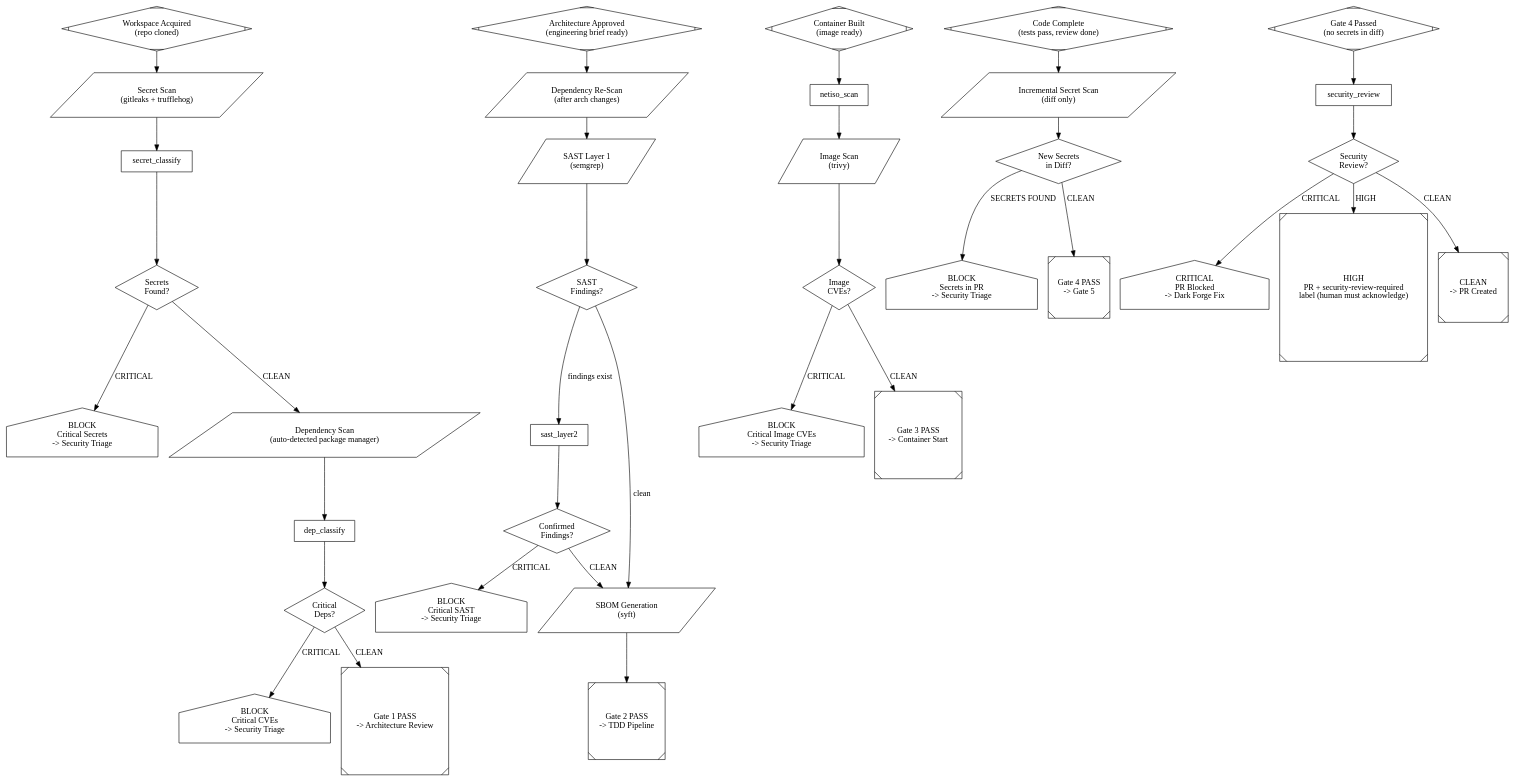
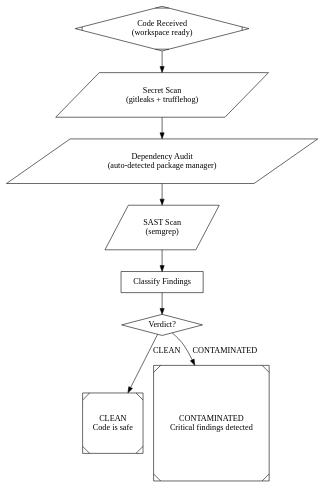
One commit to ardrodus/dark-fac changed the diagram in pipelines/sentinel.dot. Above: the diagram before and after it, drawn with Graphviz. The commit also changed 4 other files, not shown here.

First line of the commit message:
refactor: simplify sentinel to single-pass scan via run_pipeline

```diff
--- a/pipelines/sentinel.dot
+++ b/pipelines/sentinel.dot
@@ -1,198 +1,72 @@
-// Sentinel: Security Gate Pipeline
+// Sentinel: Security Scan Pipeline
 //
 // ARCHITECTURE: This DOT file IS the security implementation.
-// Python only does: engine.run_sentinel_gate(N, workspace_path).
-// ALL security logic, branching, and decisions live HERE — not in Python.
-// If you need to change security gate behavior, modify THIS file.
+// Sentinel is a first-class pillar of Dark Factory, invoked the same way
+// as Dark Forge and Crucible: engine.run_pipeline("sentinel", context).
+// ALL scan logic lives HERE — not in Python.
 //
-// Dark Factory's security layer. Runs 5 gates at different pipeline points:
-//   Gate 1  -- Post-clone: secret scan + dependency audit (blocks before any code runs)
-//   Gate 2  -- Post-architecture/pre-TDD: dependency re-scan + SAST + SBOM
-//   Gate 3  -- Pre-container: network isolation + container image scan
-//   Gate 4  -- Pre-PR: incremental secret scan on diff
-//   Gate 5  -- Post-review/pre-PR: AI security review of diff
+// Sentinel is the bio-recon soldier at the factory gates.  New code comes
+// in, Sentinel checks your ID and takes a DNA sample to make sure you
+// won't contaminate the factory.  One job: detect malicious or dangerous
+// code.
 //
-// Sentinel is NOT called as one big pipeline. Each gate is invoked independently
-// by Dark Factory at the appropriate lifecycle point via engine.run_sentinel_gate().
+// Scan pass:
+//   1. Secret scan — leaked credentials, API keys, tokens
+//   2. Dependency audit — known-compromised packages
+//   3. SAST — injection vulnerabilities, backdoors, dangerous patterns
+//   4. Classify and verdict
 //
-// Each node is either a shell command (parallelogram) or an LLM agent prompt (box).
-// No Python gate code is called — security tools run directly via shell commands
-// and LLM agents classify the results.
+// Verdict: CLEAN | CONTAMINATED
 //
-// Scan modes (configurable per repo):
-//   strict   -- All HIGH+ findings block
-//   standard -- CRITICAL blocks, HIGH warns (default)
-//   audit    -- Nothing blocks, everything logged
-//
-// On BLOCK: finding routes to security triage. Human must respond:
-//   fix_it | suppress | ignore_run | abort
-//
-// Entry point: pipeline/engine.py → run_sentinel_gate(gate_number, workspace_path)
+// Entry point: engine.run_pipeline("sentinel", {workspace_root: ...})
+// Follows: invoke → gather deps → execute (same as all pillars)
 
 digraph sentinel {
     graph [
-        goal="Enforce security gates across the full Dark Factory pipeline lifecycle"
+        goal="Scan incoming code for secrets, vulnerable dependencies, and dangerous patterns"
     ]
 
-    // =============================================
-    // GATE 1 -- Post-Clone (runs after workspace acquisition)
-    // =============================================
+    // --- Entry ---
+    start [shape=Mdiamond, label="Code Received\n(workspace ready)"]
 
-    gate1_start [shape=Mdiamond, label="Workspace Acquired\n(repo cloned)"]
-
-    // Gate 1a: Secret Scan (gitleaks + trufflehog)
-    secret_scan_full [
+    // --- Secret Scan ---
+    secret_scan [
         shape=parallelogram,
         label="Secret Scan\n(gitleaks + trufflehog)",
-        prompt="cd $workspace && (gitleaks detect --source . --report-format json --report-path .dark-factory/sentinel/secrets-full.json 2>&1 || true) && (trufflehog filesystem . --json > .dark-factory/sentinel/trufflehog-full.json 2>&1 || true)"
-    ]
-    secret_classify [
-        shape=box,
-        prompt="You are the Sentinel secret classifier.\n\nWorkspace: $workspace\n\nRead the secret scan results at:\n- $workspace/.dark-factory/sentinel/secrets-full.json (gitleaks)\n- $workspace/.dark-factory/sentinel/trufflehog-full.json (trufflehog)\n\nIf neither file exists or both are empty, the workspace is clean.\n\nClassify each finding by severity:\n- CRITICAL: Active credentials (API keys, tokens, passwords with high entropy)\n- WARNING: Low-confidence patterns (base64 blobs, config values that look like keys)\n- INFO: Test/example secrets (in test fixtures, .env.example, mock data)\n\nFor each CRITICAL finding, recommend: rotation required, rotation recommended, or investigation needed.\n\nWrite results to: $workspace/.dark-factory/sentinel/secret-classification.json\nOutput: CLEAN (no critical findings) | CRITICAL (critical secrets found)"
-    ]
-    secret_verdict [shape=diamond, label="Secrets\nFound?"]
-    secret_blocked [shape=house, label="BLOCK\nCritical Secrets\n-> Security Triage"]
-
-    // Gate 1b: Dependency Vulnerability Scan
-    dep_scan [
-        shape=parallelogram,
-        label="Dependency Scan\n(auto-detected package manager)",
-        prompt="cd $workspace && mkdir -p .dark-factory/sentinel && ([ -f requirements.txt ] && pip-audit -f json > .dark-factory/sentinel/dep-scan.json 2>&1 || [ -f package-lock.json ] && npm audit --json > .dark-factory/sentinel/dep-scan.json 2>&1 || [ -f Cargo.toml ] && cargo audit --json > .dark-factory/sentinel/dep-scan.json 2>&1 || echo '{\"info\": \"no supported package manager detected\"}' > .dark-factory/sentinel/dep-scan.json)"
-    ]
-    dep_classify [
-        shape=box,
-        prompt="You are the Sentinel dependency analyst.\n\nWorkspace: $workspace\n\nRead the dependency scan results at: $workspace/.dark-factory/sentinel/dep-scan.json\n\nClassify each vulnerability:\n- CRITICAL (CVSS >= 9.0): Known exploited, remote code execution, auth bypass\n- HIGH (CVSS 7.0-8.9): Significant but requires specific conditions\n- MEDIUM/LOW: Log only\n\nCheck for dependency confusion attacks (private package name squatting).\n\nWrite results to: $workspace/.dark-factory/sentinel/dep-classification.json\nOutput: CLEAN (no critical CVEs) | CRITICAL (critical CVEs found)"
-    ]
-    dep_verdict [shape=diamond, label="Critical\nDeps?"]
-    dep_blocked [shape=house, label="BLOCK\nCritical CVEs\n-> Security Triage"]
-
-    gate1_pass [shape=Msquare, label="Gate 1 PASS\n-> Architecture Review"]
-
-    // =============================================
-    // GATE 2 -- Post-Architecture / Pre-TDD
-    // =============================================
-
-    gate2_start [shape=Mdiamond, label="Architecture Approved\n(engineering brief ready)"]
-
-    // Gate 2a: Dependency re-scan (catches new deps from arch review)
-    dep_rescan [
-        shape=parallelogram,
-        label="Dependency Re-Scan\n(after arch changes)",
-        prompt="cd $workspace && mkdir -p .dark-factory/sentinel && ([ -f requirements.txt ] && pip-audit -f json > .dark-factory/sentinel/dep-rescan.json 2>&1 || [ -f package-lock.json ] && npm audit --json > .dark-factory/sentinel/dep-rescan.json 2>&1 || echo '{\"info\": \"no supported package manager detected\"}' > .dark-factory/sentinel/dep-rescan.json)"
+        prompt="cd $workspace && mkdir -p .dark-factory/sentinel && (gitleaks detect --source . --report-format json --report-path .dark-factory/sentinel/secrets.json 2>&1 || true) && (trufflehog filesystem . --json > .dark-factory/sentinel/trufflehog.json 2>&1 || true)",
+        timeout="5m"
     ]
 
-    // Gate 2b: SAST -- Two-layer static analysis
-    sast_layer1 [
+    // --- Dependency Audit ---
+    dep_audit [
         shape=parallelogram,
-        label="SAST Layer 1\n(semgrep)",
-        prompt="cd $workspace && mkdir -p .dark-factory/sentinel && semgrep --config=auto . --json > .dark-factory/sentinel/sast-layer1.json 2>&1"
-    ]
-    sast_layer1_check [shape=diamond, label="SAST\nFindings?"]
-
-    sast_layer2 [
-        shape=box,
-        prompt="You are the Sentinel AI security analyst.\n\nWorkspace: $workspace\n\nRead the SAST Layer 1 (semgrep) results at: $workspace/.dark-factory/sentinel/sast-layer1.json\n\nPerform deeper analysis on each finding:\n1. Data flow tracing — can the finding actually be reached from user input?\n2. Business logic analysis — is the pattern dangerous in this codebase's context?\n3. Adversarial verification — construct a plausible attack path or downgrade\n4. Contextual reasoning — is this a false positive from framework patterns?\n\nRead the relevant source files in $workspace to verify each finding.\n\nFor each finding, classify: confirmed | downgraded | false_positive\nWith evidence and reasoning.\n\nWrite results to: $workspace/.dark-factory/sentinel/sast-layer2.json\nOutput: CLEAN (all downgraded/false positive) | CRITICAL (confirmed critical findings)"
-    ]
-    sast_verdict [shape=diamond, label="Confirmed\nFindings?"]
-    sast_blocked [shape=house, label="BLOCK\nCritical SAST\n-> Security Triage"]
-
-    // Gate 2c: SBOM generation
-    sbom_generate [
-        shape=parallelogram,
-        label="SBOM Generation\n(syft)",
-        prompt="cd $workspace && mkdir -p .dark-factory/sentinel && syft . -o spdx-json > .dark-factory/sentinel/sbom.json 2>&1"
+        label="Dependency Audit\n(auto-detected package manager)",
+        prompt="cd $workspace && mkdir -p .dark-factory/sentinel && ([ -f requirements.txt ] && pip-audit -f json > .dark-factory/sentinel/dep-audit.json 2>&1 || [ -f package-lock.json ] && npm audit --json > .dark-factory/sentinel/dep-audit.json 2>&1 || [ -f Cargo.toml ] && cargo audit --json > .dark-factory/sentinel/dep-audit.json 2>&1 || echo '{\"info\": \"no supported package manager detected\"}' > .dark-factory/sentinel/dep-audit.json)",
+        timeout="5m"
     ]
 
-    gate2_pass [shape=Msquare, label="Gate 2 PASS\n-> TDD Pipeline"]
-
-    // =============================================
-    // GATE 3 -- Pre-Container Start
-    // =============================================
-
-    gate3_start [shape=Mdiamond, label="Container Built\n(image ready)"]
-
-    // Gate 3a: Network isolation validation
-    netiso_scan [
-        shape=box,
-        prompt="You are the Sentinel network isolation validator.\n\nWorkspace: $workspace\nContainer config: $container_config\n\nRead the container configuration files in $workspace (Dockerfile, docker-compose.yml, etc.).\n\nCheck:\n- Egress rules: only allowed destinations (package registries, API endpoints)\n- No unrestricted outbound internet access\n- DNS filtering configured\n- Inter-container network segmentation\n- Volume mount restrictions (no host filesystem leaks)\n\nWrite results to: $workspace/.dark-factory/sentinel/netiso.json\nOutput: PASS (policy compliant) | WARN (minor gaps) | BLOCK (unrestricted egress)"
+    // --- SAST (Static Analysis) ---
+    sast_scan [
+        shape=parallelogram,
+        label="SAST Scan\n(semgrep)",
+        prompt="cd $workspace && mkdir -p .dark-factory/sentinel && semgrep --config=auto . --json > .dark-factory/sentinel/sast.json 2>&1",
+        timeout="10m"
     ]
 
-    // Gate 3b: Container image vulnerability scan (trivy)
-    image_scan [
-        shape=parallelogram,
-        label="Image Scan\n(trivy)",
-        prompt="cd $workspace && mkdir -p .dark-factory/sentinel && trivy image $image_name --severity CRITICAL,HIGH --format json --output .dark-factory/sentinel/image-scan.json 2>&1"
+    // --- Classify Results ---
+    classify [
+        shape=box,
+        label="Classify Findings",
+        prompt="You are Sentinel, Dark Factory's security scanner.\n\nWorkspace: $workspace\n\nRead all scan results:\n- Secrets: $workspace/.dark-factory/sentinel/secrets.json and trufflehog.json\n- Dependencies: $workspace/.dark-factory/sentinel/dep-audit.json\n- SAST: $workspace/.dark-factory/sentinel/sast.json\n\nFor each finding, classify:\n- CRITICAL: Active credentials, known-exploited CVEs (CVSS >= 9), confirmed injection/RCE\n- WARNING: Low-confidence patterns, high-but-unexploited CVEs, test/example secrets\n- INFO: False positives, framework patterns, test fixtures\n\nA finding is CRITICAL only if it has a plausible attack path.\nTest secrets (.env.example, fixtures, mock data) are INFO, not CRITICAL.\n\nWrite classification to: $workspace/.dark-factory/sentinel/classification.json\n\nOutput the single word: CLEAN (zero critical findings) or CONTAMINATED (any critical finding)"
     ]
-    image_verdict [shape=diamond, label="Image\nCVEs?"]
-    image_blocked [shape=house, label="BLOCK\nCritical Image CVEs\n-> Security Triage"]
 
-    gate3_pass [shape=Msquare, label="Gate 3 PASS\n-> Container Start"]
+    // --- Verdict ---
+    verdict [shape=diamond, label="Verdict?"]
+    clean [shape=Msquare, label="CLEAN\nCode is safe"]
+    contaminated [shape=Msquare, label="CONTAMINATED\nCritical findings detected"]
 
-    // =============================================
-    // GATE 4 -- Pre-PR (incremental scan on diff)
-    // =============================================
-
-    gate4_start [shape=Mdiamond, label="Code Complete\n(tests pass, review done)"]
-
-    secret_scan_incremental [
-        shape=parallelogram,
-        label="Incremental Secret Scan\n(diff only)",
-        prompt="cd $workspace && mkdir -p .dark-factory/sentinel && gitleaks detect --source . --log-opts HEAD~1..HEAD --report-format json --report-path .dark-factory/sentinel/secrets-incremental.json 2>&1"
-    ]
-    gate4_verdict [shape=diamond, label="New Secrets\nin Diff?"]
-    gate4_blocked [shape=house, label="BLOCK\nSecrets in PR\n-> Security Triage"]
-
-    gate4_pass [shape=Msquare, label="Gate 4 PASS\n-> Gate 5"]
-
-    // =============================================
-    // GATE 5 -- AI Security Review of Diff
-    // =============================================
-
-    gate5_start [shape=Mdiamond, label="Gate 4 Passed\n(no secrets in diff)"]
-
-    security_review [
-        shape=box,
-        prompt="You are the Sentinel security reviewer.\n\nWorkspace: $workspace\n\nReview the PR diff. Read the changed files in $workspace using git diff.\n\nContext:\n- Issue: $issue\n- Engineering brief: read $workspace/.dark-factory/specs/$issue_number/engineering-brief.md if it exists\n- SAST results: read $workspace/.dark-factory/sentinel/sast-layer2.json if it exists\n\nCheck the diff for:\n- Input validation at system boundaries\n- Output encoding (HTML, SQL, shell)\n- Authentication/Authorization consistency\n- Error handling (no sensitive info leaks in errors)\n- Cryptography (no MD5, no ECB, no hardcoded IVs)\n- New dependency additions\n- SSRF / Path traversal vulnerabilities\n- Hardcoded credentials\n\nAdversarial verification: findings without a plausible attack path are downgraded.\n\nWrite results to: $workspace/.dark-factory/sentinel/security-review.json\n\nOutput verdict:\n- CRITICAL: PR not created, issue flagged, Dark Forge attempts fix\n- HIGH: PR created with security-review-required label, human must acknowledge\n- CLEAN: PR created normally, findings (if any) in description"
-    ]
-    gate5_verdict [shape=diamond, label="Security\nReview?"]
-    gate5_critical [shape=house, label="CRITICAL\nPR Blocked\n-> Dark Forge Fix"]
-    gate5_high [shape=Msquare, label="HIGH\nPR + security-review-required\nlabel (human must acknowledge)"]
-    gate5_clean [shape=Msquare, label="CLEAN\n-> PR Created"]
-
-    // =============================================
-    // FLOW
-    // =============================================
-
-    // Gate 1: Post-clone
-    gate1_start -> secret_scan_full -> secret_classify -> secret_verdict
-    secret_verdict -> dep_scan [label="CLEAN"]
-    secret_verdict -> secret_blocked [label="CRITICAL"]
-    dep_scan -> dep_classify -> dep_verdict
-    dep_verdict -> gate1_pass [label="CLEAN"]
-    dep_verdict -> dep_blocked [label="CRITICAL"]
-
-    // Gate 2: Post-architecture
-    gate2_start -> dep_rescan -> sast_layer1 -> sast_layer1_check
-    sast_layer1_check -> sast_layer2 [label="findings exist"]
-    sast_layer1_check -> sbom_generate [label="clean"]
-    sast_layer2 -> sast_verdict
-    sast_verdict -> sbom_generate [label="CLEAN"]
-    sast_verdict -> sast_blocked [label="CRITICAL"]
-    sbom_generate -> gate2_pass
-
-    // Gate 3: Pre-container
-    gate3_start -> netiso_scan -> image_scan -> image_verdict
-    image_verdict -> gate3_pass [label="CLEAN"]
-    image_verdict -> image_blocked [label="CRITICAL"]
-
-    // Gate 4: Pre-PR (incremental)
-    gate4_start -> secret_scan_incremental -> gate4_verdict
-    gate4_verdict -> gate4_pass [label="CLEAN"]
-    gate4_verdict -> gate4_blocked [label="SECRETS FOUND"]
-
-    // Gate 5: AI security review
-    gate5_start -> security_review -> gate5_verdict
-    gate5_verdict -> gate5_clean [label="CLEAN"]
-    gate5_verdict -> gate5_high [label="HIGH"]
-    gate5_verdict -> gate5_critical [label="CRITICAL"]
+    // --- Flow ---
+    start -> secret_scan -> dep_audit -> sast_scan -> classify -> verdict
+    verdict -> clean [label="CLEAN"]
+    verdict -> contaminated [label="CONTAMINATED"]
 }
```
